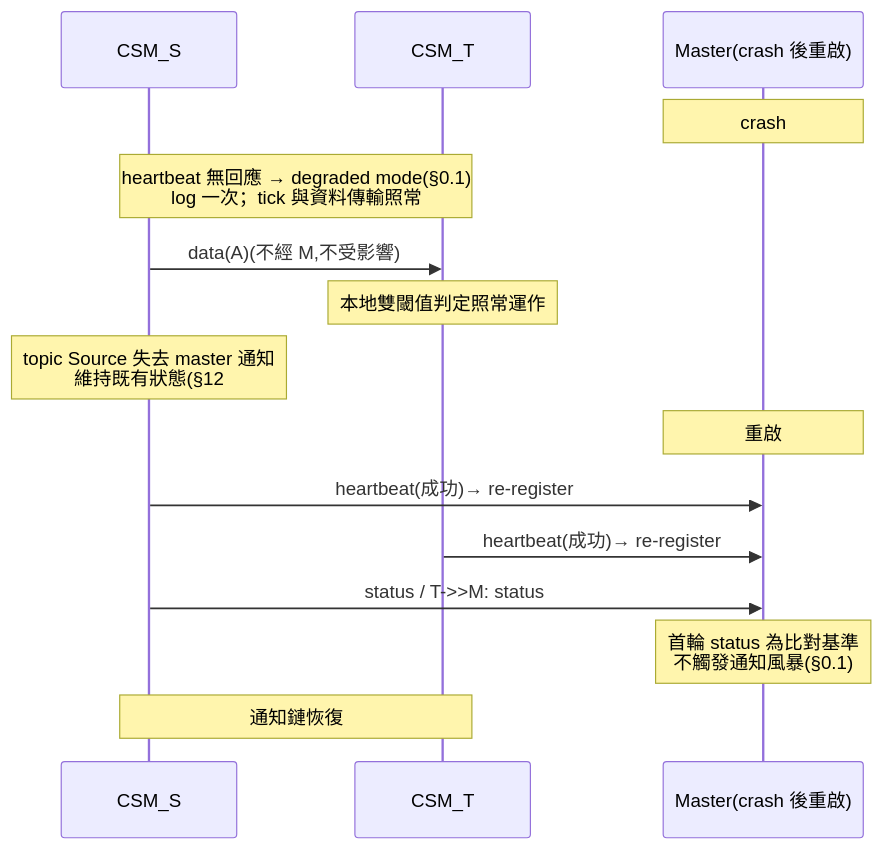
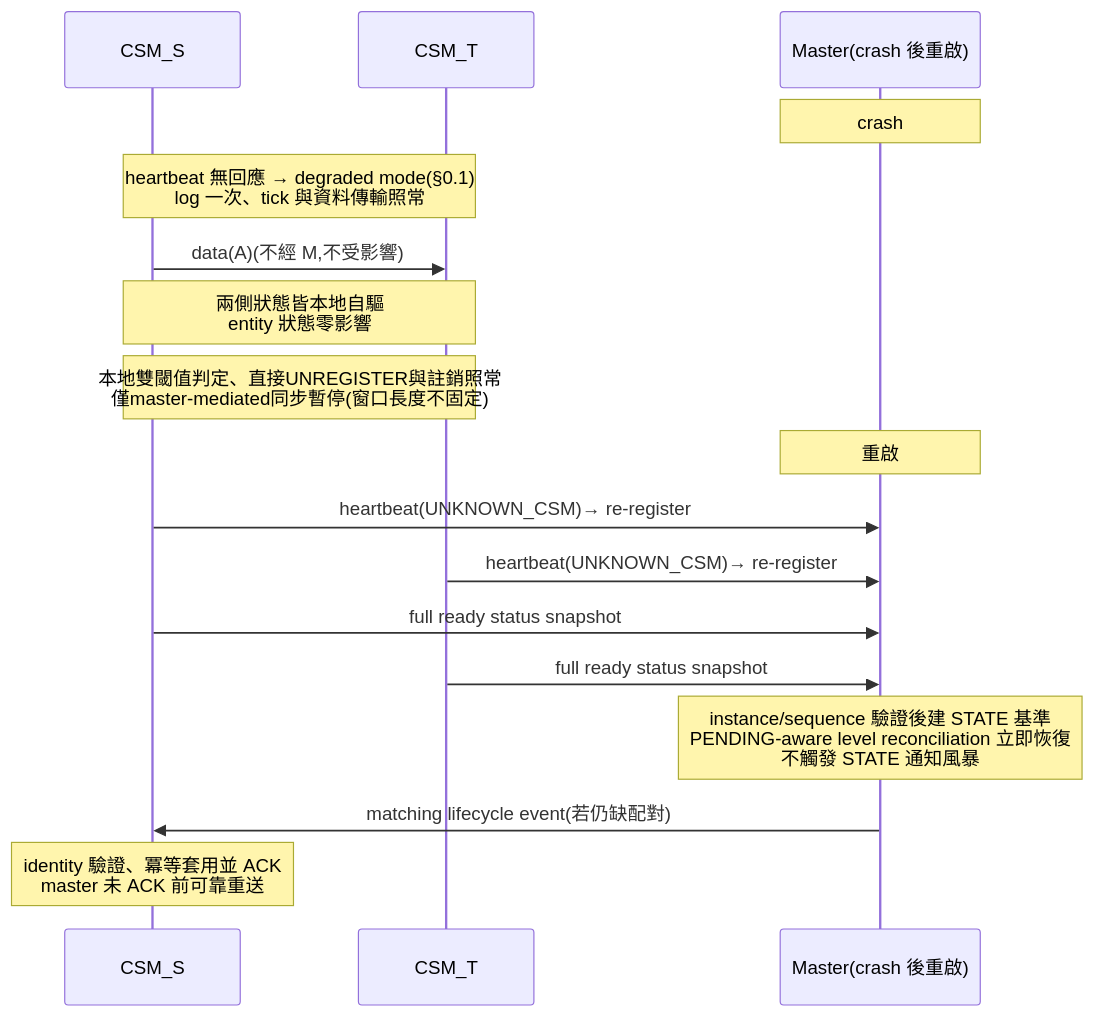
Diagram 12 of 43 in r1_design_draft.md (cocobird231/rv2_project), drawn with Mermaid before and after one commit. The commit also changed other lines of this file and 1 other file, not shown here.

````diff
--- a/r1_design_draft.md
+++ b/r1_design_draft.md
@@ -1587,19 +2305,21 @@
 ```mermaid
 sequenceDiagram
     participant S as CSM_S
     participant T as CSM_T
     participant M as Master(crash 後重啟)
 
     Note over M: crash
-    Note over S,T: heartbeat 無回應 → degraded mode(§0.1)<br/>log 一次；tick 與資料傳輸照常
+    Note over S,T: heartbeat 無回應 → degraded mode(§0.1)<br/>log 一次、tick 與資料傳輸照常
     S->>T: data(A)(不經 M,不受影響)
-    Note over T: 本地雙閾值判定照常運作
-    Note over S: topic Source 失去 master 通知<br/>維持既有狀態(§12 #1 已知取捨)
+    Note over S,T: 兩側狀態皆本地自驅<br/>entity 狀態零影響
+    Note over S,T: 本地雙閾值判定、直接UNREGISTER與註銷照常<br/>僅master-mediated同步暫停(窗口長度不固定)
 
     Note over M: 重啟
-    S->>M: heartbeat(成功)→ re-register
-    T->>M: heartbeat(成功)→ re-register
-    S->>M: status / T->>M: status
-    Note over M: 首輪 status 為比對基準<br/>不觸發通知風暴(§0.1)
-    Note over S,T: 通知鏈恢復
+    S->>M: heartbeat(UNKNOWN_CSM)→ re-register
+    T->>M: heartbeat(UNKNOWN_CSM)→ re-register
+    S->>M: full ready status snapshot
+    T->>M: full ready status snapshot
+    Note over M: instance/sequence 驗證後建 STATE 基準<br/>PENDING-aware level reconciliation 立即恢復<br/>不觸發 STATE 通知風暴
+    M->>S: matching lifecycle event(若仍缺配對)
+    Note over S: identity 驗證、冪等套用並 ACK<br/>master 未 ACK 前可靠重送
 ```
````
